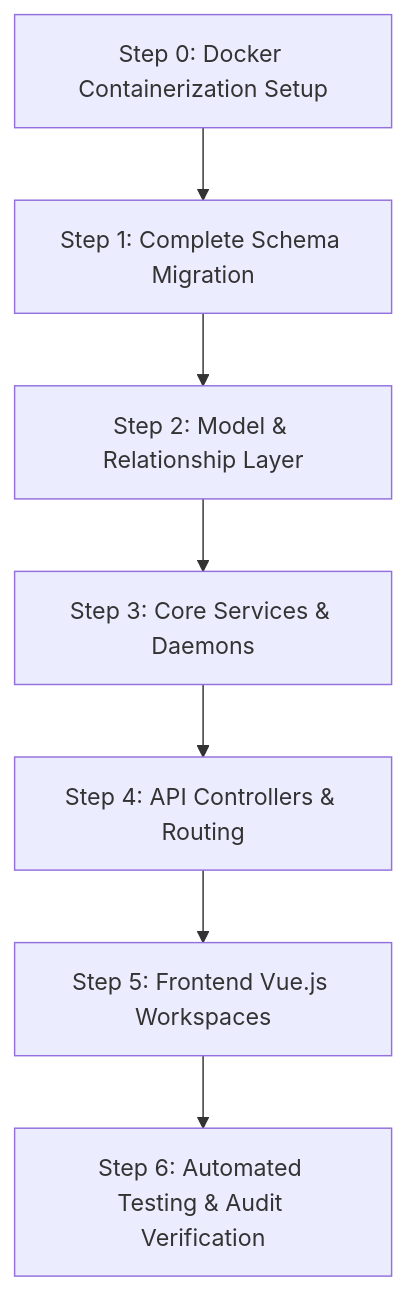
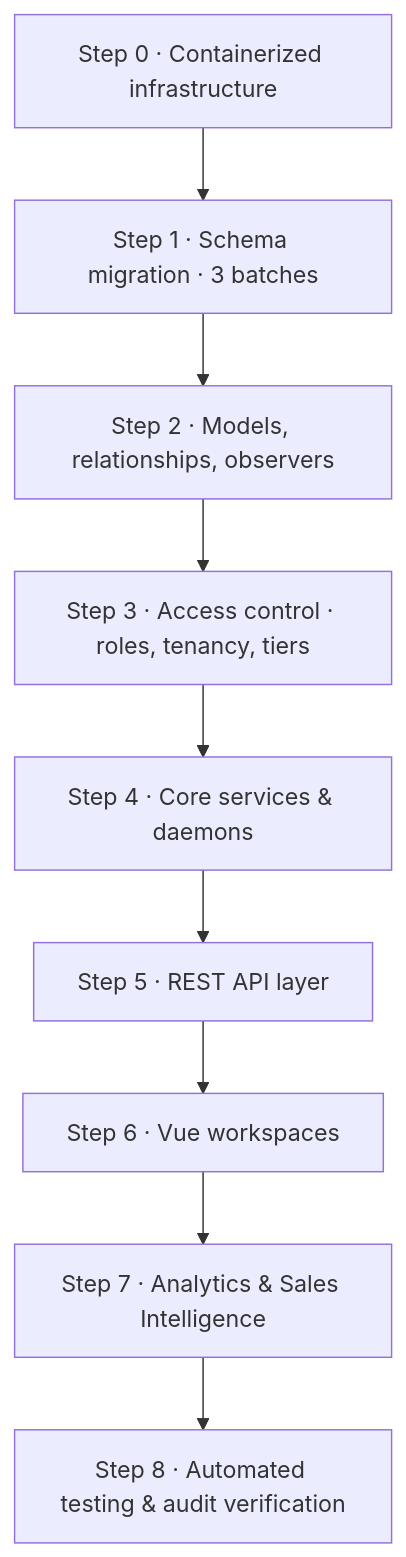
One commit to joseph42nite/f16sefreight changed the diagram in implementation_guide.md. Above: the diagram before and after it, drawn with Mermaid. The commit also changed other lines of this file and 4 other files, not shown here.

````diff
--- a/implementation_guide.md
+++ b/implementation_guide.md
@@ -12,9 +20,11 @@
 ```mermaid
 graph TD
-    A0[Step 0: Docker Containerization Setup] --> A[Step 1: Complete Schema Migration]
-    A --> B[Step 2: Model & Relationship Layer]
-    B --> C[Step 3: Core Services & Daemons]
-    C --> D[Step 4: API Controllers & Routing]
-    D --> E[Step 5: Frontend Vue.js Workspaces]
-    E --> F[Step 6: Automated Testing & Audit Verification]
+    S0[Step 0 · Containerized infrastructure] --> S1[Step 1 · Schema migration · 3 batches]
+    S1 --> S2[Step 2 · Models, relationships, observers]
+    S2 --> S3[Step 3 · Access control · roles, tenancy, tiers]
+    S3 --> S4[Step 4 · Core services & daemons]
+    S4 --> S5[Step 5 · REST API layer]
+    S5 --> S6[Step 6 · Vue workspaces]
+    S6 --> S7[Step 7 · Analytics & Sales Intelligence]
+    S7 --> S8[Step 8 · Automated testing & audit verification]
 ```
````
